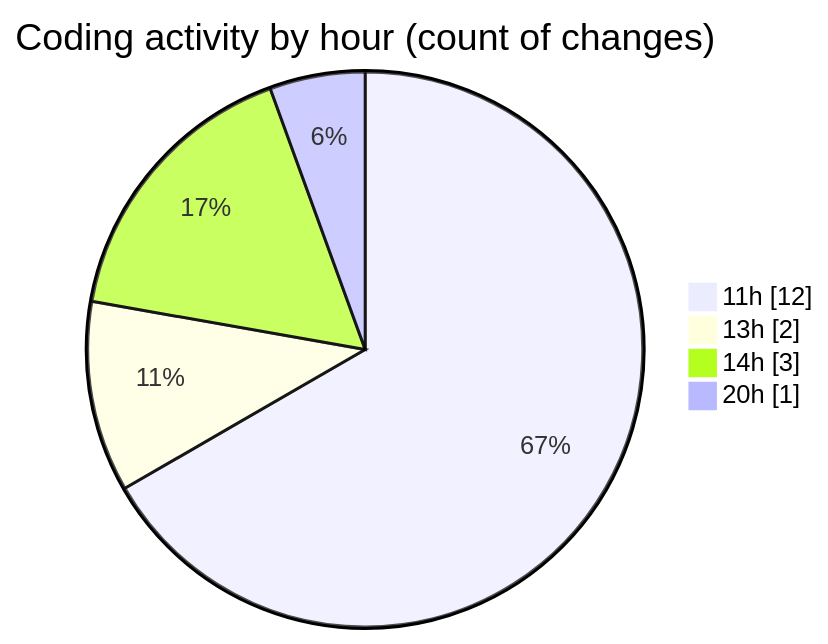
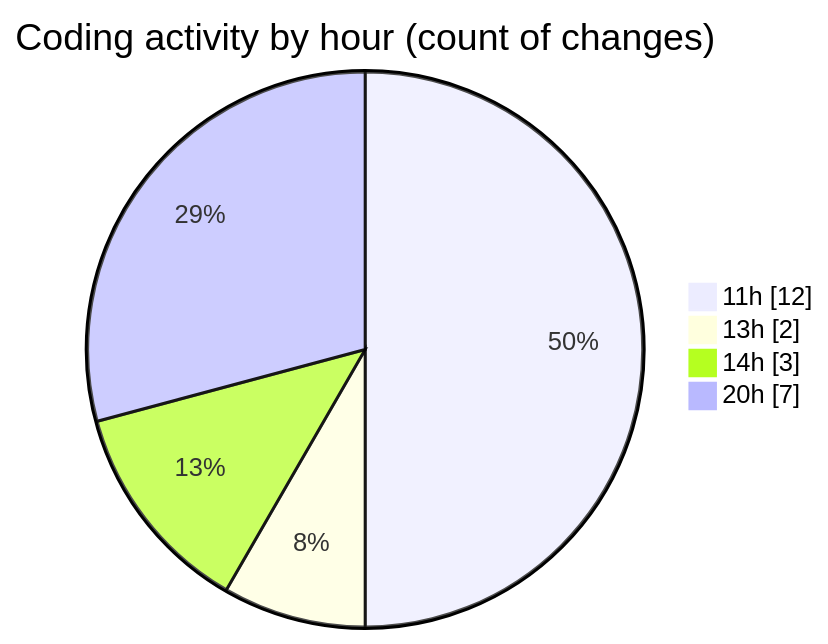
Before and after one commit to idhammustaqopulfikri/code-tracking: the second of 2 diagrams in 2025-04-17/belajar_flutter/README.md, drawn with Mermaid. The commit also changed other lines of this file and 1 other file, not shown here.

````diff
--- a/2025-04-17/belajar_flutter/README.md
+++ b/2025-04-17/belajar_flutter/README.md
@@ -34,8 +34,8 @@
 ```mermaid
 pie showData
 title Coding activity by hour (count of changes)
 "11h" : 12
 "13h" : 2
 "14h" : 3
-"20h" : 1
+"20h" : 7
 ```
````
